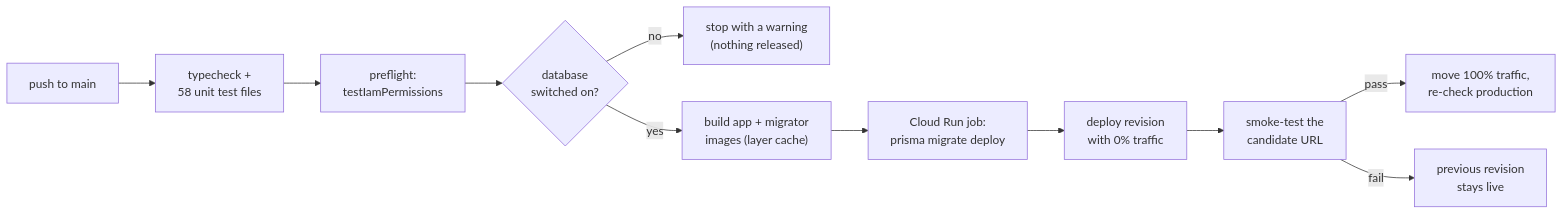
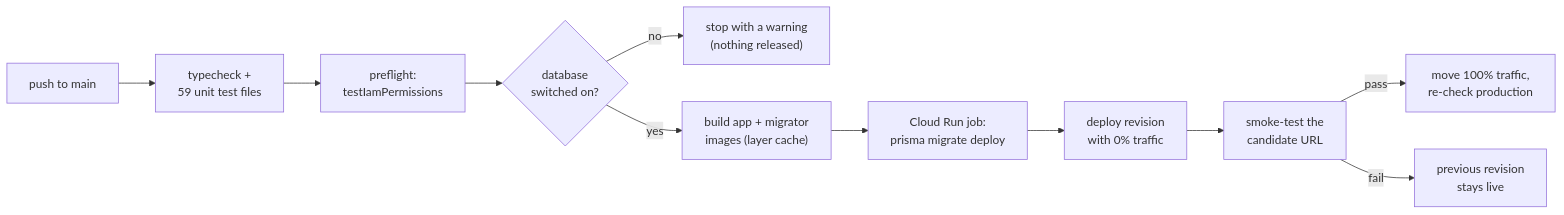
The second of 2 diagrams in README.md (baldan555/gatherinsight-platform), drawn with Mermaid before and after one commit. The commit also changed 1 other file, not shown here.

Commit message:
App pipeline mirror: helper-tours guard test, 59 unit test files

````diff
--- a/README.md
+++ b/README.md
@@ -64,13 +64,13 @@
 ```mermaid
 flowchart LR
-  push["push to main"] --> verify["typecheck +<br/>58 unit test files"]
+  push["push to main"] --> verify["typecheck +<br/>59 unit test files"]
   verify --> pre["preflight:<br/>testIamPermissions"]
   pre --> db{"database<br/>switched on?"}
   db -->|no| skip["stop with a warning<br/>(nothing released)"]
   db -->|yes| build["build app + migrator<br/>images (layer cache)"]
   build --> mig["Cloud Run job:<br/>prisma migrate deploy"]
   mig --> cand["deploy revision<br/>with 0% traffic"]
   cand --> smoke["smoke-test the<br/>candidate URL"]
   smoke -->|pass| promote["move 100% traffic,<br/>re-check production"]
   smoke -->|fail| keep["previous revision<br/>stays live"]
 ```
````
